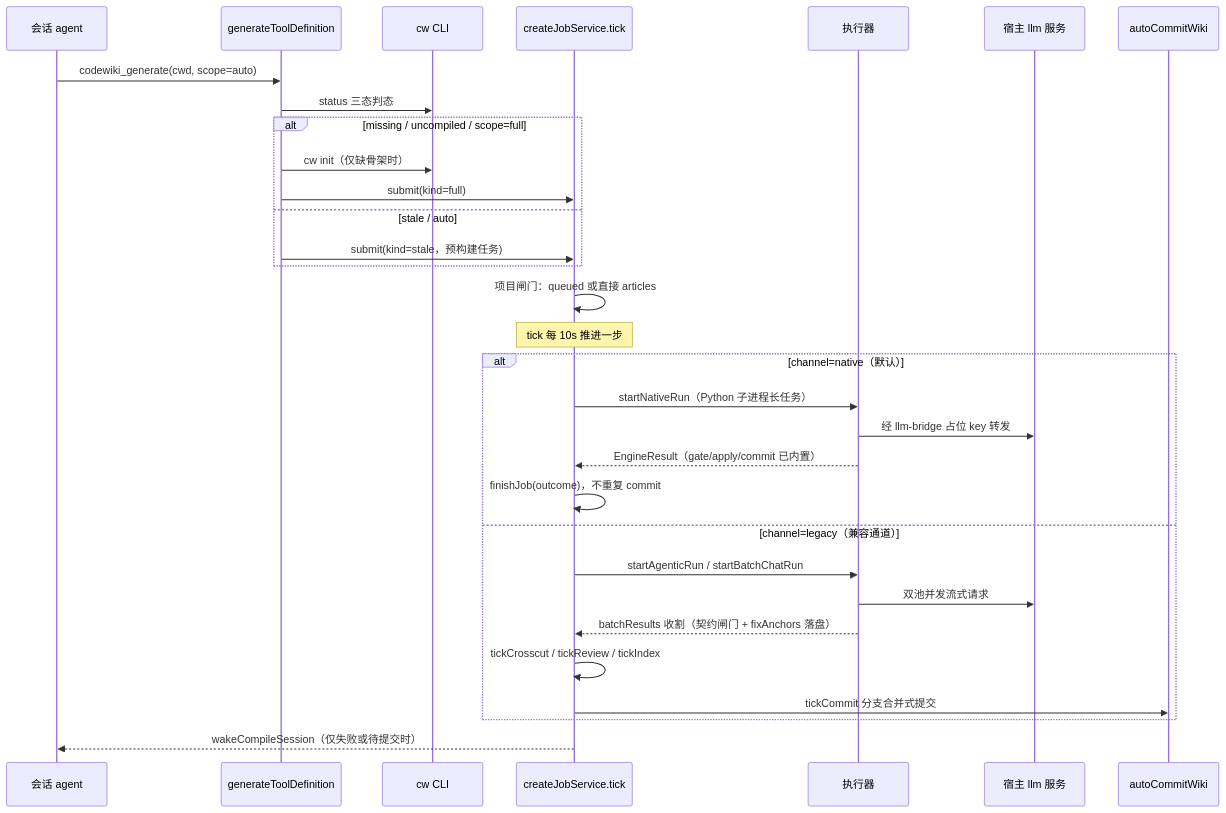
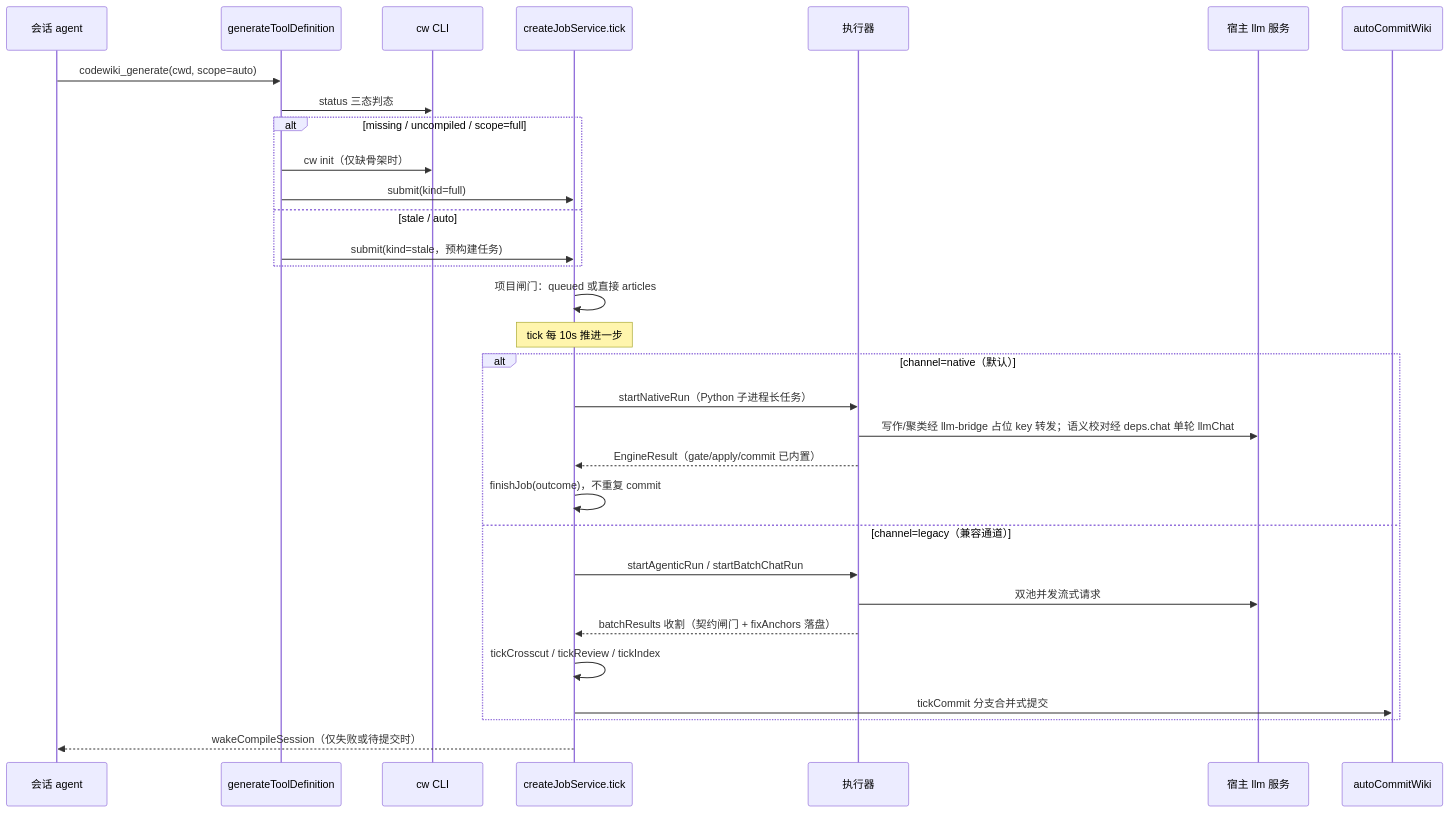
Before and after one commit to ikliml666/dsh-codewiki: the fifth of 5 diagrams in .codewiki/_native-state/docs/main_orchestrator.md, drawn with Mermaid. The commit also changed other lines of this file and 24 other files, not shown here.

````diff
--- a/.codewiki/_native-state/docs/main_orchestrator.md
+++ b/.codewiki/_native-state/docs/main_orchestrator.md
@@ -183,34 +184,34 @@
 ```mermaid
 sequenceDiagram
     participant AG as 会话 agent
     participant GD as generateToolDefinition
     participant CW as cw CLI
     participant SV as createJobService.tick
     participant EX as 执行器
     participant LLM as 宿主 llm 服务
     participant AP as autoCommitWiki
 
     AG->>GD: codewiki_generate(cwd, scope=auto)
     GD->>CW: status 三态判态
     alt missing / uncompiled / scope=full
         GD->>CW: cw init（仅缺骨架时）
         GD->>SV: submit(kind=full)
     else stale / auto
         GD->>SV: submit(kind=stale，预构建任务)
     end
     SV->>SV: 项目闸门：queued 或直接 articles
     Note over SV: tick 每 10s 推进一步
     alt channel=native（默认）
         SV->>EX: startNativeRun（Python 子进程长任务）
-        EX->>LLM: 经 llm-bridge 占位 key 转发
+        EX->>LLM: 写作/聚类经 llm-bridge 占位 key 转发；语义校对经 deps.chat 单轮 llmChat
         EX-->>SV: EngineResult（gate/apply/commit 已内置）
         SV->>SV: finishJob(outcome)，不重复 commit
     else channel=legacy（兼容通道）
         SV->>EX: startAgenticRun / startBatchChatRun
         EX->>LLM: 双池并发流式请求
         EX-->>SV: batchResults 收割（契约闸门 + fixAnchors 落盘）
         SV->>SV: tickCrosscut / tickReview / tickIndex
         SV->>AP: tickCommit 分支合并式提交
     end
     SV-->>AG: wakeCompileSession（仅失败或待提交时）
 ```
````
